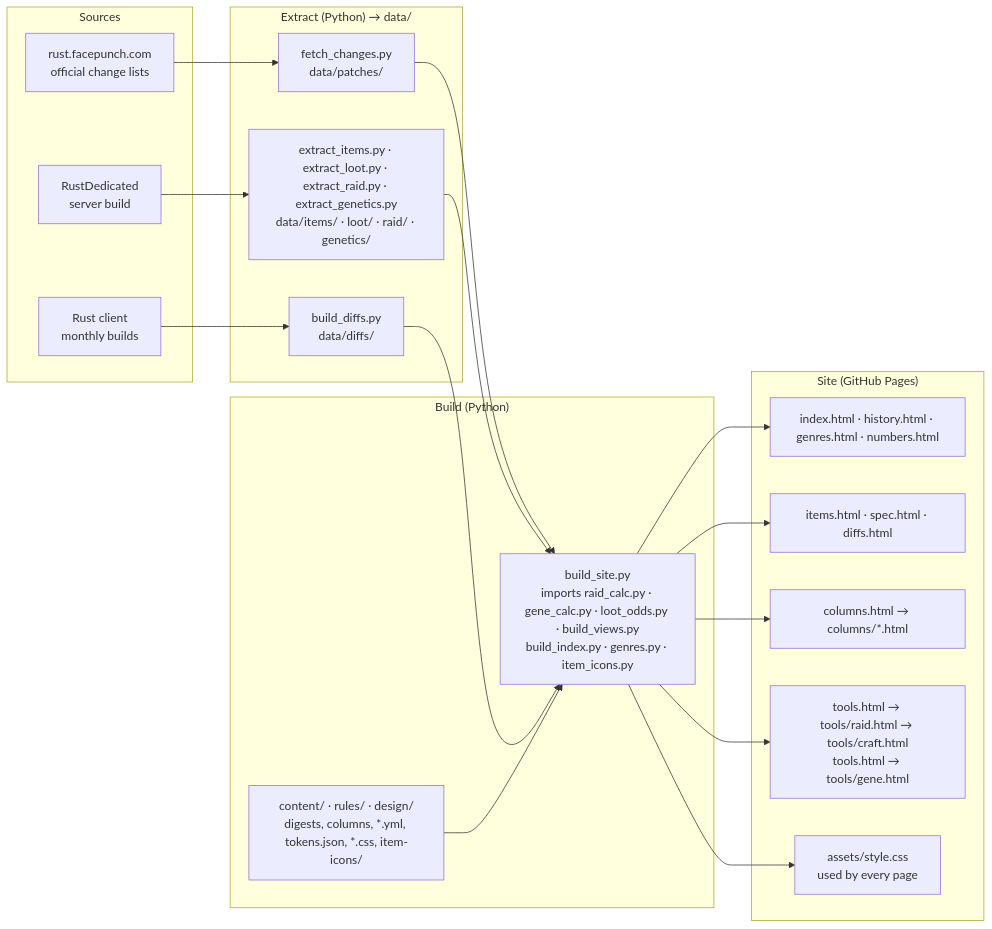
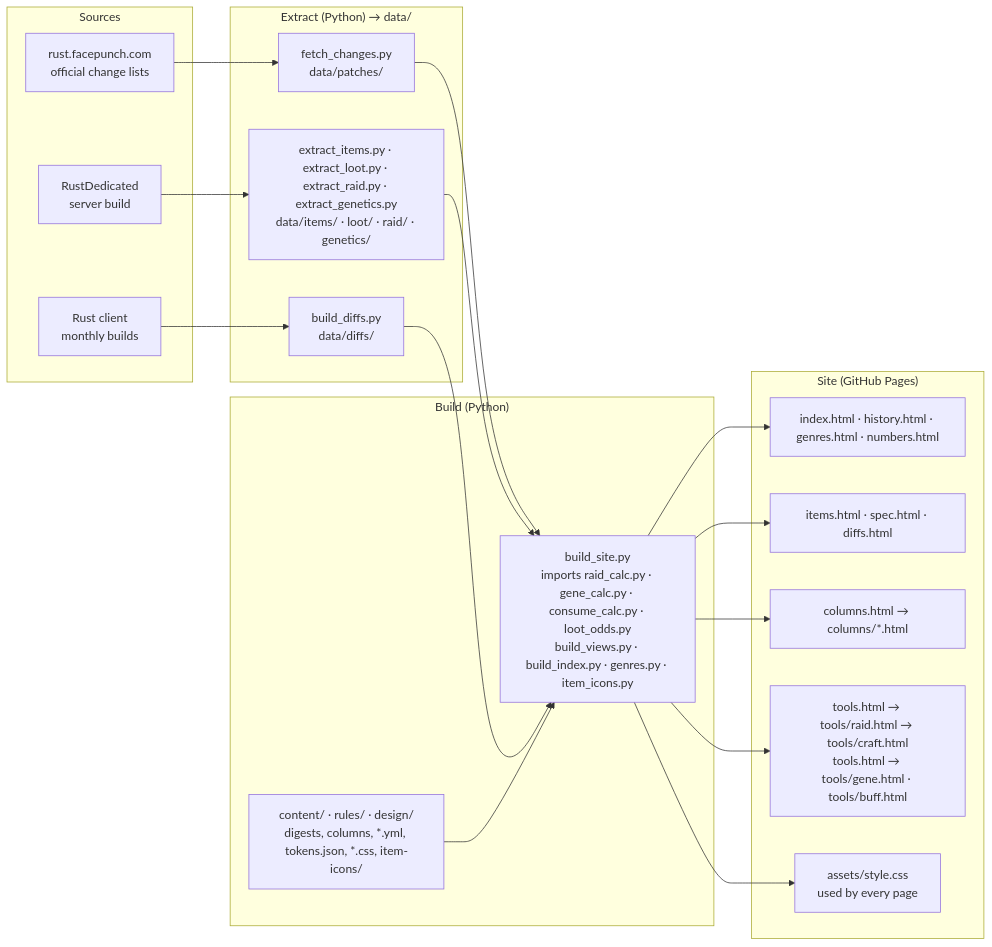
Before and after one commit to maco165/rust-patch-notes: the diagram in README.en.md, drawn with Mermaid. The commit also changed other lines of this file and 10 other files, not shown here.

````diff
--- a/README.en.md
+++ b/README.en.md
@@ -13,36 +13,36 @@
 ```mermaid
 flowchart LR
   subgraph S["Sources"]
     s1["rust.facepunch.com<br/>official change lists"]
     s2["RustDedicated<br/>server build"]
     s3["Rust client<br/>monthly builds"]
   end
   subgraph E["Extract (Python) → data/"]
     e1["fetch_changes.py<br/>data/patches/"]
     e2["extract_items.py · extract_loot.py · extract_raid.py · extract_genetics.py<br/>data/items/ · loot/ · raid/ · genetics/"]
     e3["build_diffs.py<br/>data/diffs/"]
   end
   subgraph B["Build (Python)"]
-    b1["build_site.py<br/>imports raid_calc.py · gene_calc.py · loot_odds.py · build_views.py<br/>build_index.py · genres.py · item_icons.py"]
+    b1["build_site.py<br/>imports raid_calc.py · gene_calc.py · consume_calc.py · loot_odds.py<br/>build_views.py · build_index.py · genres.py · item_icons.py"]
     b2["content/ · rules/ · design/<br/>digests, columns, *.yml, tokens.json, *.css, item-icons/"]
   end
   subgraph W["Site (GitHub Pages)"]
     w1["index.html · history.html · genres.html · numbers.html"]
     w2["items.html · spec.html · diffs.html"]
     w3["columns.html → columns/*.html"]
-    w4["tools.html → tools/raid.html → tools/craft.html<br/>tools.html → tools/gene.html"]
+    w4["tools.html → tools/raid.html → tools/craft.html<br/>tools.html → tools/gene.html · tools/buff.html"]
     w5["assets/style.css<br/>used by every page"]
   end
   s1 --> e1
   s2 --> e2
   s3 --> e3
   e1 --> b1
   e2 --> b1
   e3 --> b1
   b2 --> b1
   b1 --> w1
   b1 --> w2
   b1 --> w3
   b1 --> w4
   b1 --> w5
 ```
````
